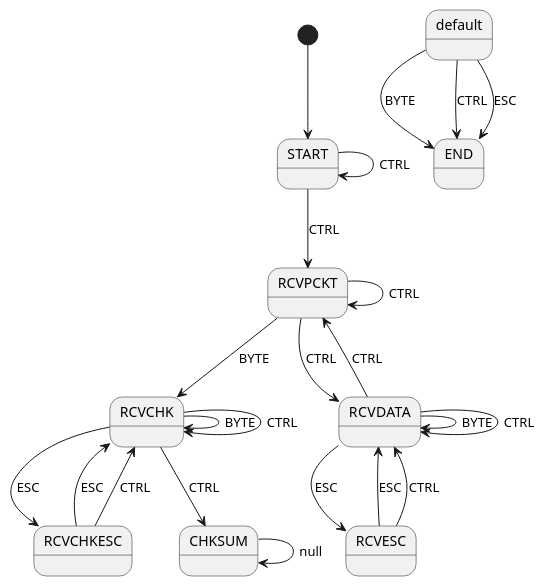
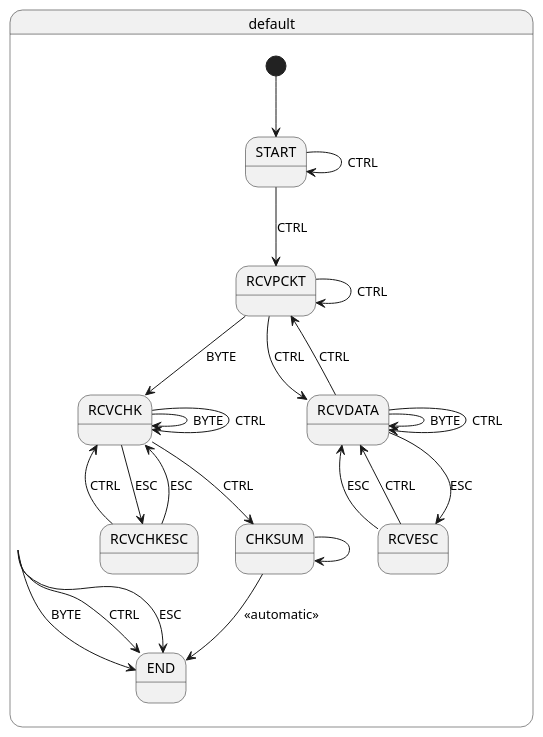
The diagram in generated/packet-reader.plantuml (open-jumpco/kfsm-viz), drawn with PlantUML before and after one commit. The commit also changed 7 other files, not shown here.

```diff
--- a/generated/packet-reader.plantuml
+++ b/generated/packet-reader.plantuml
@@ -1,24 +1,27 @@
 @startuml
-[*] --> START
-START --> START : CTRL
-RCVPCKT --> RCVPCKT : CTRL
-RCVPCKT --> RCVCHK : BYTE
-RCVDATA --> RCVDATA : BYTE
-RCVDATA --> RCVDATA : CTRL
-RCVDATA --> RCVESC : ESC
-RCVESC --> RCVDATA : ESC
-RCVESC --> RCVDATA : CTRL
-RCVCHK --> RCVCHK : BYTE
-RCVCHK --> RCVCHKESC : ESC
-RCVCHK --> RCVCHK : CTRL
-RCVCHKESC --> RCVCHK : ESC
-RCVCHKESC --> RCVCHK : CTRL
-START --> RCVPCKT : CTRL
-RCVPCKT --> RCVDATA : CTRL
-RCVDATA --> RCVPCKT : CTRL
-RCVCHK --> CHKSUM : CTRL
-default --> END : BYTE
-default --> END : CTRL
-default --> END : ESC
-CHKSUM --> CHKSUM : null
+state default {
+  [*] --> START
+  START --> START : CTRL
+  RCVPCKT --> RCVPCKT : CTRL
+  RCVPCKT --> RCVCHK : BYTE
+  RCVDATA --> RCVDATA : BYTE
+  RCVDATA --> RCVDATA : CTRL
+  RCVDATA --> RCVESC : ESC
+  RCVESC --> RCVDATA : ESC
+  RCVESC --> RCVDATA : CTRL
+  RCVCHK --> RCVCHK : BYTE
+  RCVCHK --> RCVCHKESC : ESC
+  RCVCHK --> RCVCHK : CTRL
+  RCVCHKESC --> RCVCHK : ESC
+  RCVCHKESC --> RCVCHK : CTRL
+  START --> RCVPCKT : CTRL
+  RCVPCKT --> RCVDATA : CTRL
+  RCVDATA --> RCVPCKT : CTRL
+  RCVCHK --> CHKSUM : CTRL
+  default --> END : BYTE
+  default --> END : CTRL
+  default --> END : ESC
+  CHKSUM --> CHKSUM
+  CHKSUM --> END : <<automatic>>
+}
 @enduml
```
